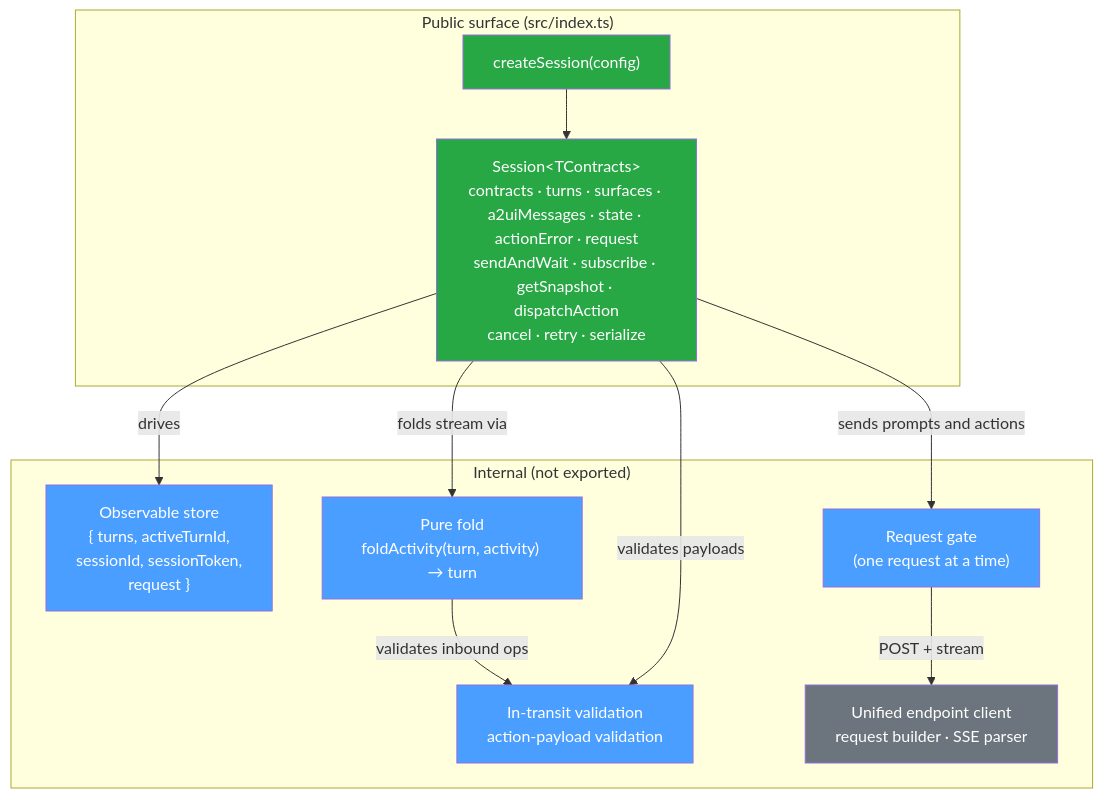
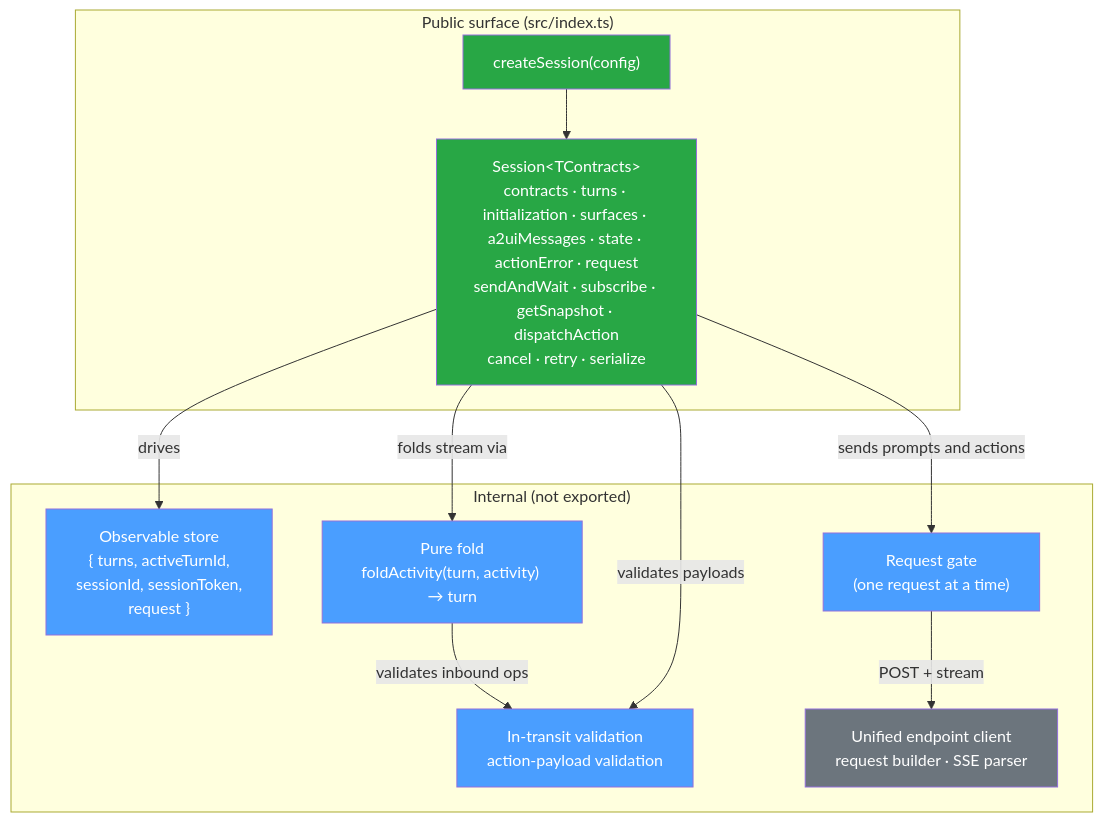
Before and after one commit to coveo/ui-kit: the first of 2 diagrams in packages/thermidor/docs/architecture.md, drawn with Mermaid. The commit also changed other lines of this file and 21 other files, not shown here.

````diff
--- a/packages/thermidor/docs/architecture.md
+++ b/packages/thermidor/docs/architecture.md
@@ -17,31 +17,31 @@
 ```mermaid
 graph TB
     subgraph "Public surface (src/index.ts)"
         CS["createSession(config)"]
-        SESSION["Session&lt;TContracts&gt;<br/>contracts · turns · surfaces · a2uiMessages · state · actionError · request<br/>sendAndWait · subscribe · getSnapshot · dispatchAction<br/>cancel · retry · serialize"]
+        SESSION["Session&lt;TContracts&gt;<br/>contracts · turns · initialization · surfaces · a2uiMessages · state · actionError · request<br/>sendAndWait · subscribe · getSnapshot · dispatchAction<br/>cancel · retry · serialize"]
     end
 
     subgraph "Internal (not exported)"
         STORE["Observable store<br/>{ turns, activeTurnId,<br/>sessionId, sessionToken,<br/>request }"]
         FOLD["Pure fold<br/>foldActivity(turn, activity) → turn"]
         VALID["In-transit validation<br/>action-payload validation"]
         GATE["Request gate<br/>(one request at a time)"]
         API["Unified endpoint client<br/>request builder · SSE parser"]
     end
 
     CS --> SESSION
     SESSION -->|drives| STORE
     SESSION -->|folds stream via| FOLD
     FOLD -->|validates inbound ops| VALID
     SESSION -->|validates payloads| VALID
     SESSION -->|sends prompts and actions| GATE
     GATE -->|POST + stream| API
 
     style CS fill:#28a745,color:#fff
     style SESSION fill:#28a745,color:#fff
     style STORE fill:#4a9eff,color:#fff
     style FOLD fill:#4a9eff,color:#fff
     style VALID fill:#4a9eff,color:#fff
     style GATE fill:#4a9eff,color:#fff
     style API fill:#6c757d,color:#fff
 ```
````
